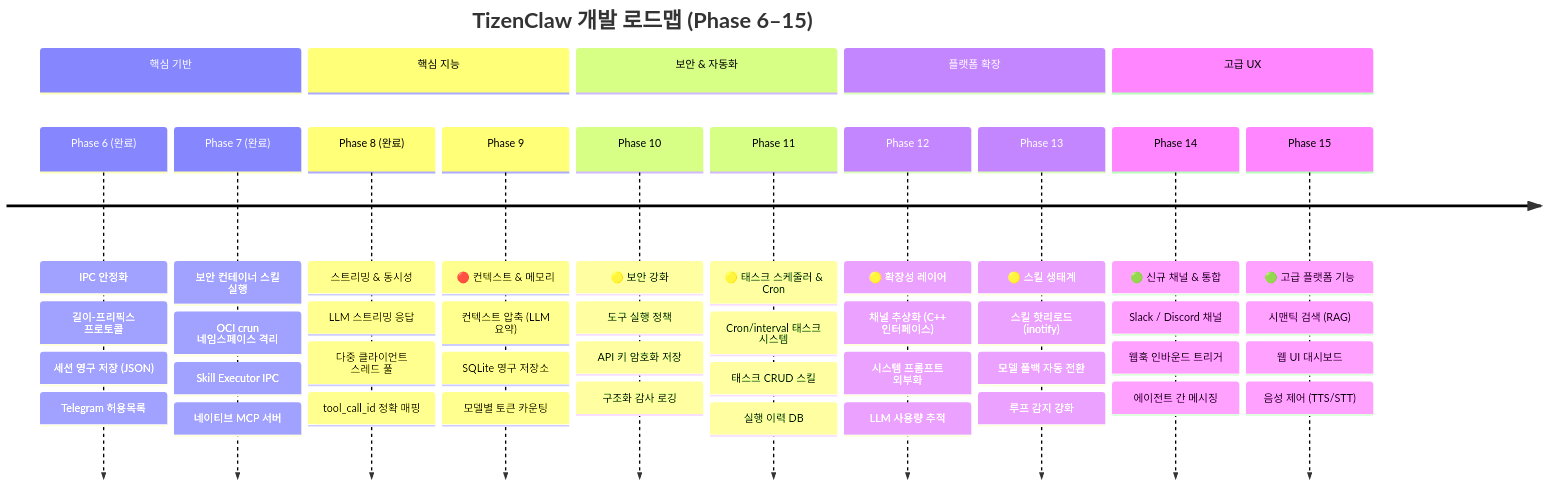
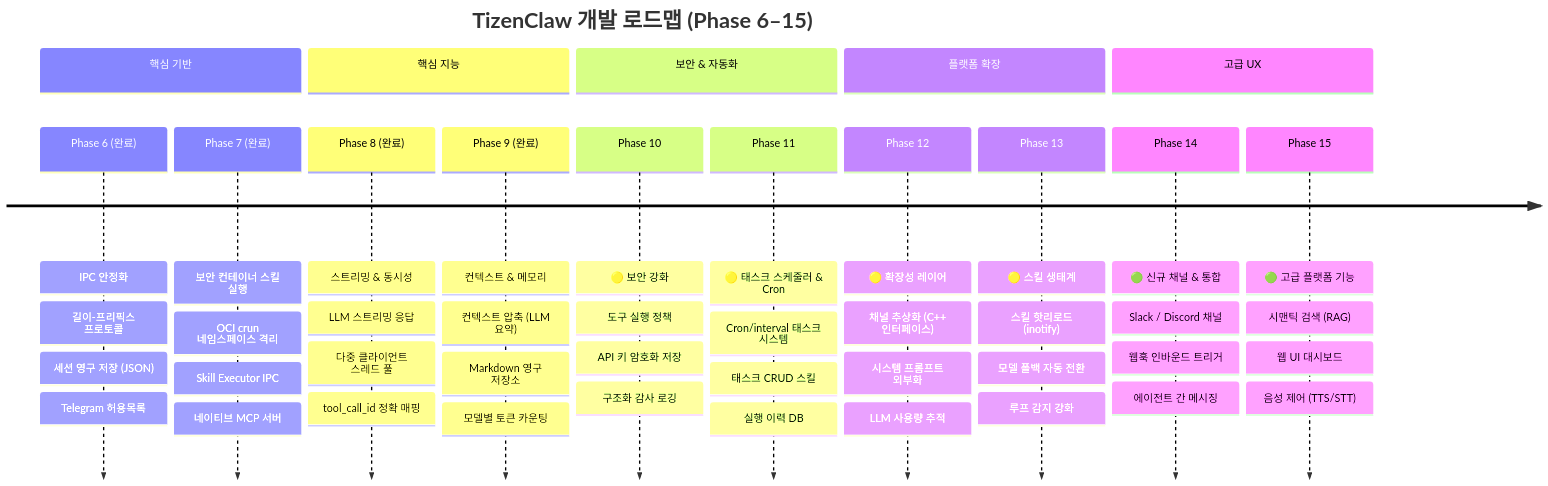
Before and after one commit to hjhun/tizenclaw: the first of 2 diagrams in docs/ROADMAP_KOR.md, drawn with Mermaid. The commit also changed other lines of this file and 1 other file, not shown here.

First line of the commit message:
Update roadmap to reflect Phase 9 completion

````diff
--- a/docs/ROADMAP_KOR.md
+++ b/docs/ROADMAP_KOR.md
@@ -58,49 +58,49 @@
 ```mermaid
 timeline
     title TizenClaw 개발 로드맵 (Phase 6–15)
     section 핵심 기반
         Phase 6 (완료) : IPC 안정화
                        : 길이-프리픽스 프로토콜
                        : 세션 영구 저장 (JSON)
                        : Telegram 허용목록
         Phase 7 (완료) : 보안 컨테이너 스킬 실행
                        : OCI crun 네임스페이스 격리
                        : Skill Executor IPC
                        : 네이티브 MCP 서버
     section 핵심 지능
         Phase 8 (완료) : 스트리밍 & 동시성
                        : LLM 스트리밍 응답
                        : 다중 클라이언트 스레드 풀
                        : tool_call_id 정확 매핑
-        Phase 9        : 🔴 컨텍스트 & 메모리
+        Phase 9 (완료) : 컨텍스트 & 메모리
                        : 컨텍스트 압축 (LLM 요약)
-                       : SQLite 영구 저장소
+                       : Markdown 영구 저장소
                        : 모델별 토큰 카운팅
     section 보안 & 자동화
         Phase 10       : 🟡 보안 강화
                        : 도구 실행 정책
                        : API 키 암호화 저장
                        : 구조화 감사 로깅
         Phase 11       : 🟡 태스크 스케줄러 & Cron
                        : Cron/interval 태스크 시스템
                        : 태스크 CRUD 스킬
                        : 실행 이력 DB
     section 플랫폼 확장
         Phase 12       : 🟡 확장성 레이어
                        : 채널 추상화 (C++ 인터페이스)
                        : 시스템 프롬프트 외부화
                        : LLM 사용량 추적
         Phase 13       : 🟡 스킬 생태계
                        : 스킬 핫리로드 (inotify)
                        : 모델 폴백 자동 전환
                        : 루프 감지 강화
     section 고급 UX
         Phase 14       : 🟢 신규 채널 & 통합
                        : Slack / Discord 채널
                        : 웹훅 인바운드 트리거
                        : 에이전트 간 메시징
         Phase 15       : 🟢 고급 플랫폼 기능
                        : 시맨틱 검색 (RAG)
                        : 웹 UI 대시보드
                        : 음성 제어 (TTS/STT)
 ```
````
